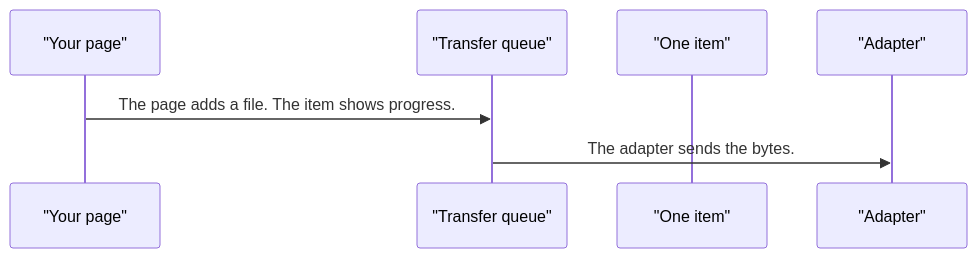
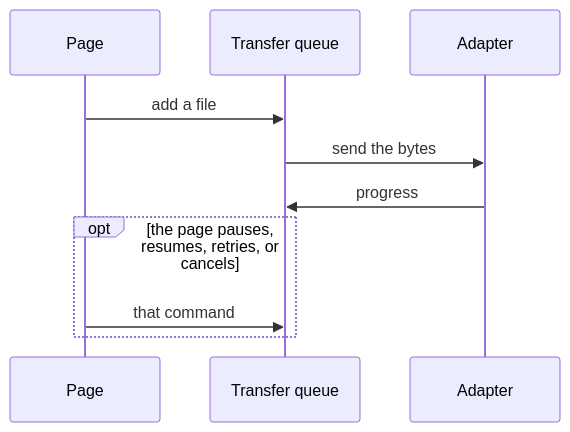
One commit to RajshekharBorate/pixel-ui changed the second of 4 diagrams in projects/pixel-ui/src/lib/services/file-transfer/DESIGN.md. Above: the diagram before and after it, drawn with Mermaid. The commit also changed other lines of this file and 73 other files, not shown here.

Commit message:
Explain who owns each value and what each flow does in every component and service design.

````diff
--- a/projects/pixel-ui/src/lib/services/file-transfer/DESIGN.md
+++ b/projects/pixel-ui/src/lib/services/file-transfer/DESIGN.md
@@ -54,9 +71,12 @@
 ```mermaid
 sequenceDiagram
-  participant page as "Your page"
-  participant queue as "Transfer queue"
-  participant item as "One item"
-  participant adapter as "Adapter"
-  page->>queue: The page adds a file. The item shows progress.
-  queue->>adapter: The adapter sends the bytes.
+  participant Page
+  participant Queue as Transfer queue
+  participant Adapter
+  Page->>Queue: add a file
+  Queue->>Adapter: send the bytes
+  Adapter->>Queue: progress
+  opt the page pauses, resumes, retries, or cancels
+    Page->>Queue: that command
+  end
 ```
````
